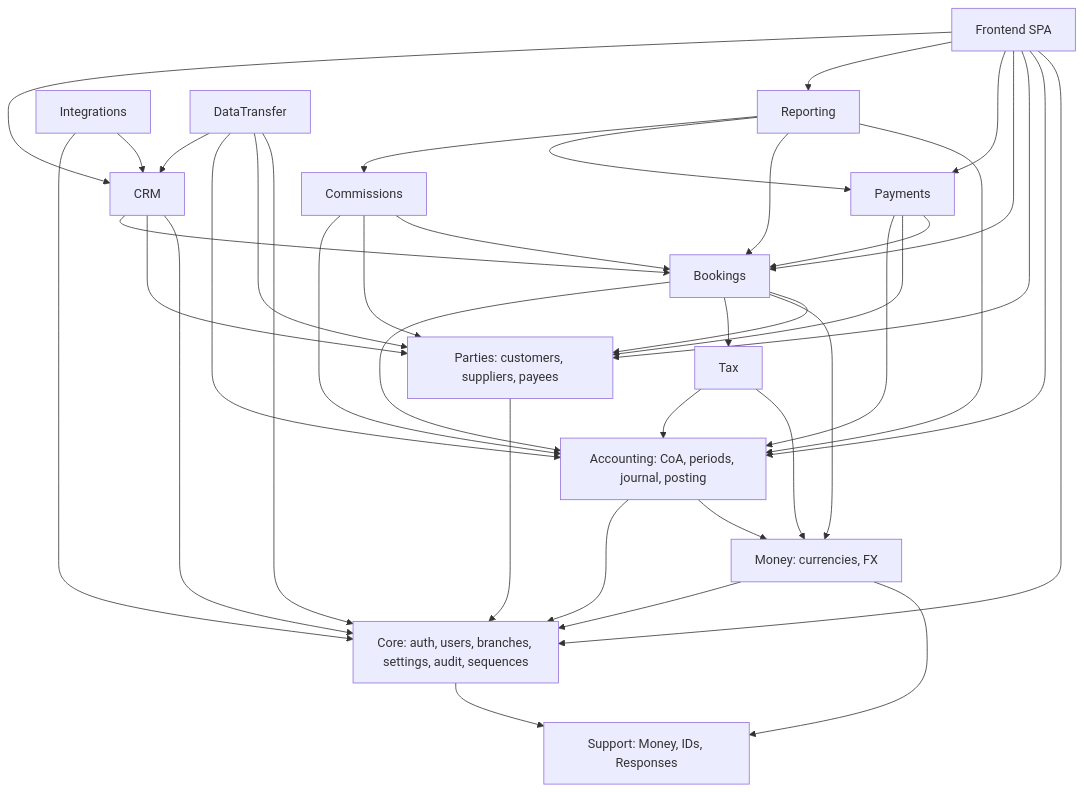
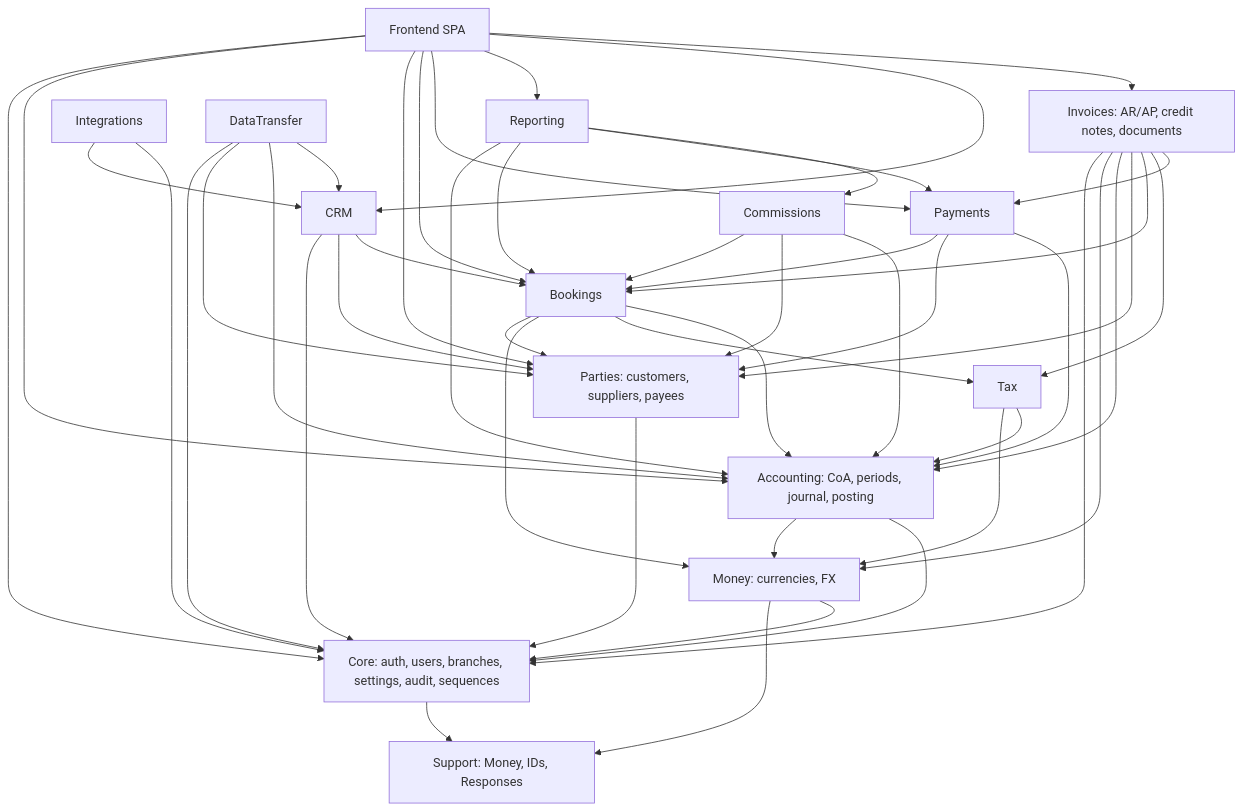
Before and after one commit to cgdmohamed/click-tourism: the diagram in docs/architecture/dependency-graph.md, drawn with Mermaid. The commit also changed other lines of this file and 25 other files, not shown here.

First line of the commit message:
Add invoice PDF documents and browser E2E

````diff
--- a/docs/architecture/dependency-graph.md
+++ b/docs/architecture/dependency-graph.md
@@ -5,56 +5,65 @@
 ```mermaid
 graph TD
   SUPPORT[Support: Money, IDs, Responses]
   CORE[Core: auth, users, branches, settings, audit, sequences]
   MONEY[Money: currencies, FX]
   ACCT[Accounting: CoA, periods, journal, posting]
   PARTY[Parties: customers, suppliers, payees]
+  INVOICE[Invoices: AR/AP, credit notes, documents]
   TAX[Tax]
   BOOK[Bookings]
   PAY[Payments]
   COMM[Commissions]
   RPT[Reporting]
   CRM[CRM]
   INT[Integrations]
   DATA[DataTransfer]
   UI[Frontend SPA]
 
   CORE --> SUPPORT
   MONEY --> SUPPORT
   MONEY --> CORE
   ACCT --> MONEY
   ACCT --> CORE
   PARTY --> CORE
   TAX --> MONEY
   TAX --> ACCT
   BOOK --> PARTY
   BOOK --> MONEY
   BOOK --> TAX
   BOOK --> ACCT
+  INVOICE --> CORE
+  INVOICE --> MONEY
+  INVOICE --> ACCT
+  INVOICE --> PARTY
+  INVOICE --> BOOK
+  INVOICE --> TAX
+  INVOICE --> PAY
   PAY --> BOOK
   PAY --> PARTY
   PAY --> ACCT
   COMM --> BOOK
   COMM --> PARTY
   COMM --> ACCT
   RPT --> ACCT
   RPT --> BOOK
   RPT --> PAY
   RPT --> COMM
   CRM --> CORE
   CRM --> PARTY
   CRM --> BOOK
   INT --> CRM
   INT --> CORE
   DATA --> CORE
   DATA --> PARTY
   DATA --> ACCT
   DATA --> CRM
   UI --> CORE
   UI --> ACCT
   UI --> PARTY
   UI --> BOOK
   UI --> PAY
   UI --> RPT
   UI --> CRM
+  UI --> INVOICE
 ```
````
